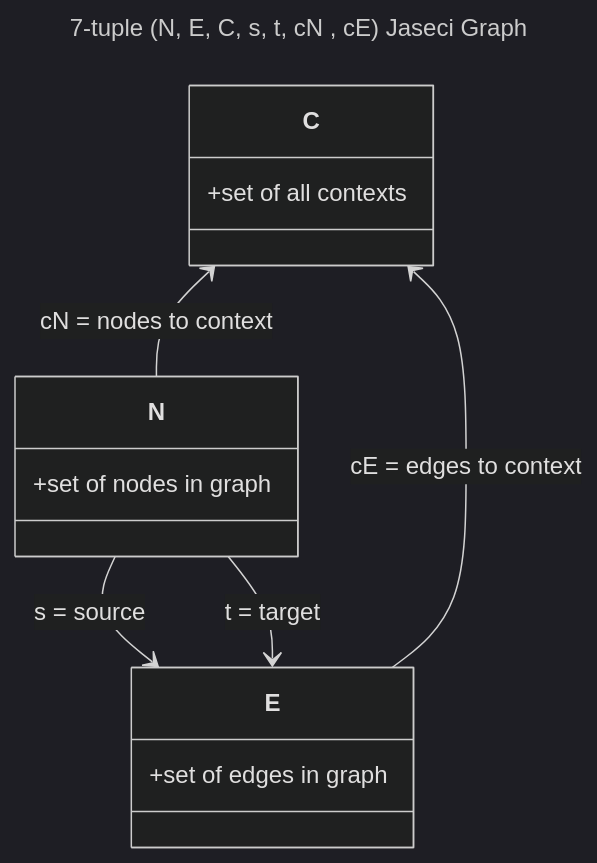
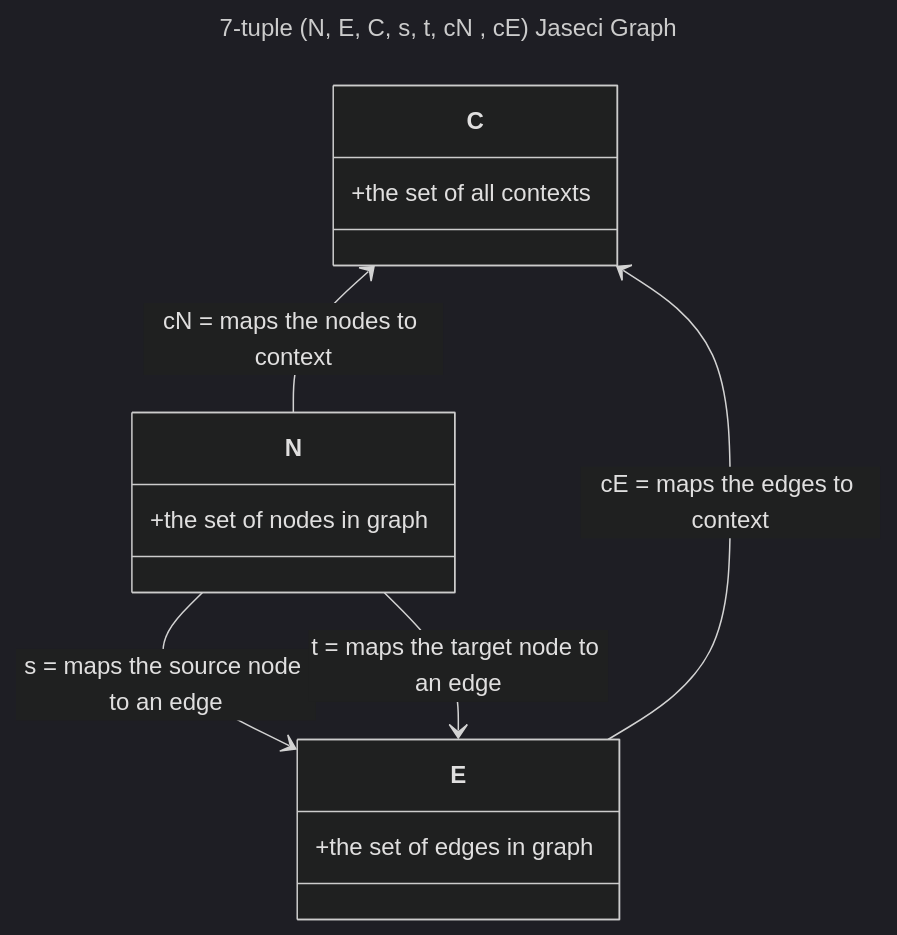
One commit to WrappedUsername/jaseci-ninja-notes changed the diagram in README.md. Above: the diagram before and after it, drawn with Mermaid (dark theme).

````diff
--- a/README.md
+++ b/README.md
@@ -36,19 +36,19 @@
 ```mermaid
 ---
 title: 7-tuple (N, E, C, s, t, cN , cE) Jaseci Graph
 ---
 classDiagram
-  N --> E : s = source 
-  N --> E : t = target
-  C <-- N : cN = nodes to context
-  C <-- E : cE = edges to context
+  N --> E : s = maps the source node to an edge
+  N --> E : t = maps the target node to an edge
+  C <-- N : cN = maps the nodes to context
+  C <-- E : cE = maps the edges to context
   class N{
-    +set of nodes in graph
+    +the set of nodes in graph
   }
   class E{
-    +set of edges in graph
+    +the set of edges in graph
   }
   class C{
-    +set of all contexts
+    +the set of all contexts
   }
 ```
````
